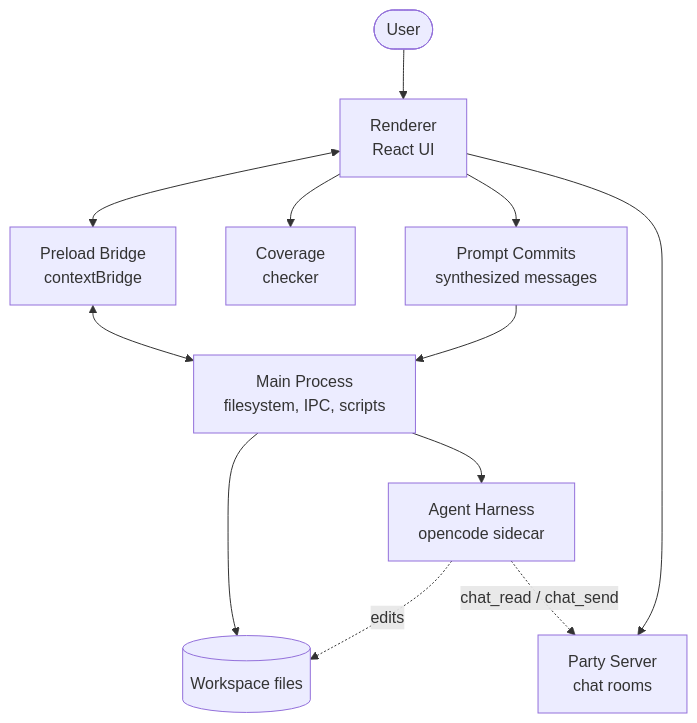
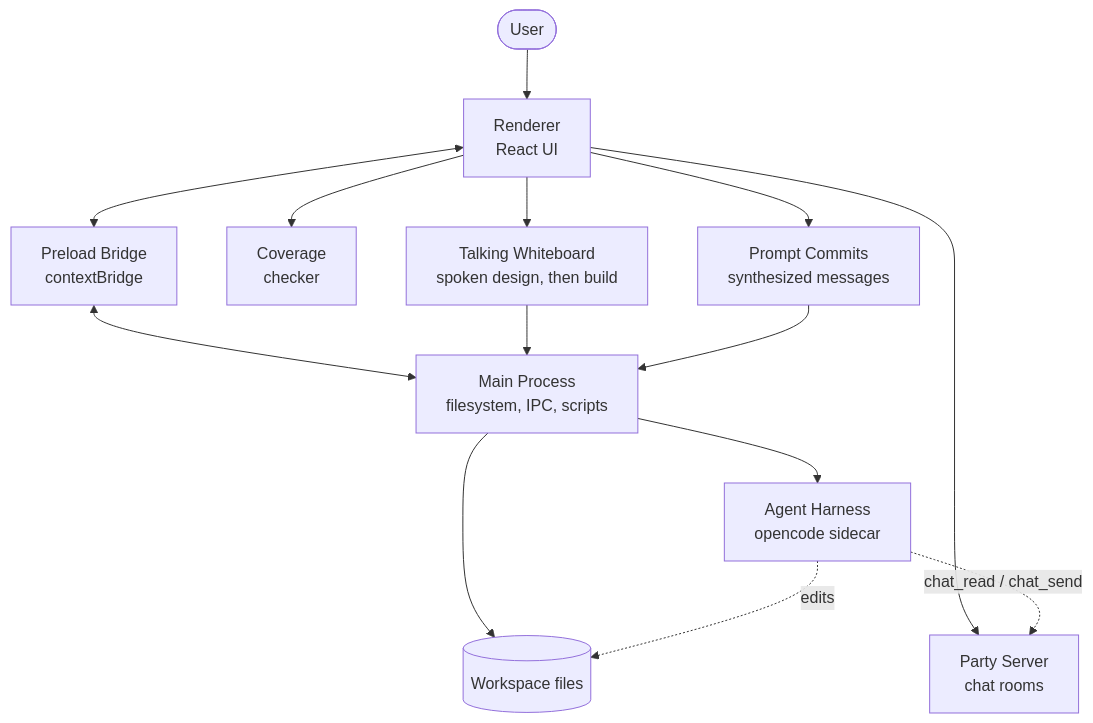
One commit to keithagroves/codeswim changed the diagram in overview.md. Above: the diagram before and after it, drawn with Mermaid. The commit also changed other lines of this file and 118 other files, not shown here.

````diff
--- a/overview.md
+++ b/overview.md
@@ -14,24 +14,27 @@
 ```mermaid
 flowchart TD
     User([User]) --> Renderer[Renderer<br/>React UI]
     Renderer <--> Preload[Preload Bridge<br/>contextBridge]
     Preload <--> Main[Main Process<br/>filesystem, IPC, scripts]
     Main --> FS[(Workspace files)]
     Main --> Sidecar[Agent Harness<br/>opencode sidecar]
     Renderer --> Coverage[Coverage<br/>checker]
     Renderer --> Commit[Prompt Commits<br/>synthesized messages]
     Renderer --> Party[Party Server<br/>chat rooms]
+    Renderer --> Whiteboard[Talking Whiteboard<br/>spoken design, then build]
+    Whiteboard --> Main
     Commit --> Main
     Sidecar -.->|edits| FS
     Sidecar -.->|chat_read / chat_send| Party
 
     click User call navigate("./overview.md")
     click FS call navigate("./overview.md")
     click Renderer call navigate("./architecture/renderer.md")
     click Preload call navigate("./architecture/preload.md")
     click Main call navigate("./architecture/main-process.md")
     click Sidecar call navigate("./architecture/agent-harness.md")
     click Coverage call navigate("./architecture/coverage.md")
     click Commit call navigate("./architecture/prompt-commits.md")
     click Party call navigate("./architecture/party.md")
+    click Whiteboard call navigate("./architecture/whiteboard.md")
 ```
````
